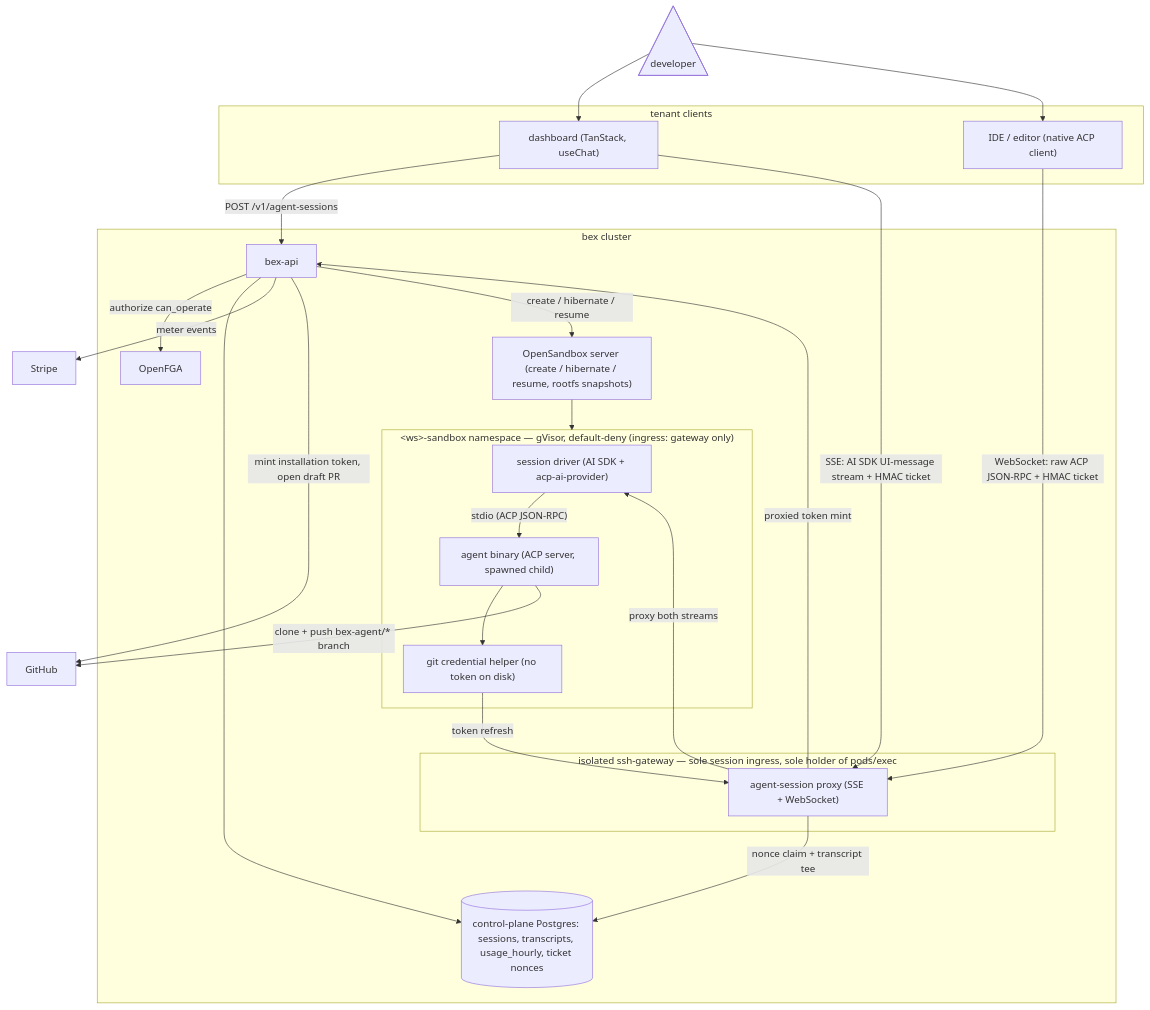
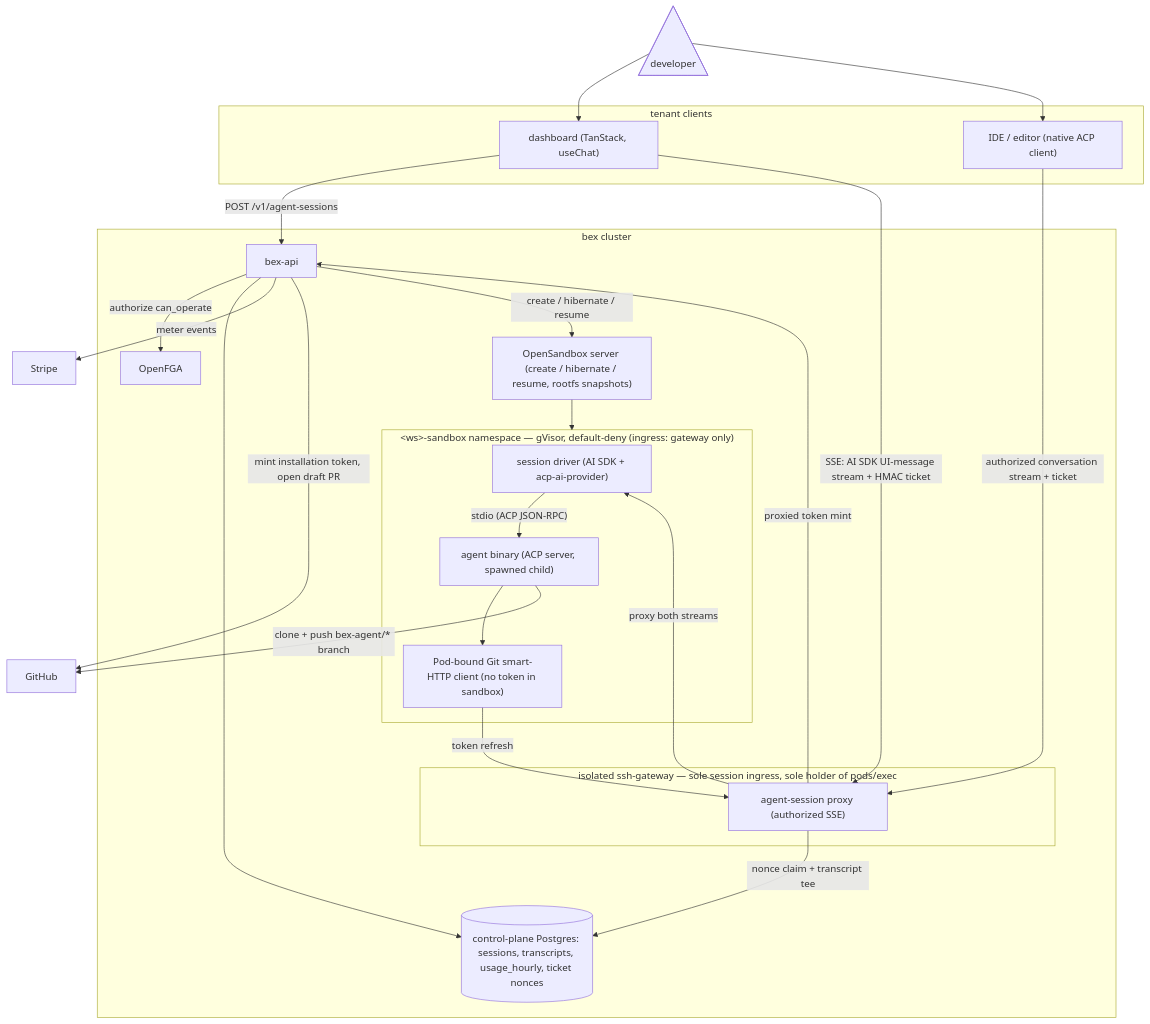
The first of 2 diagrams in docs/ADR047-cloud-coding-agent-sessions.md (cuckoo-network/cuckoo), drawn with Mermaid before and after one commit. The commit also changed other lines of this file and 78 other files, not shown here.

````diff
--- a/docs/ADR047-cloud-coding-agent-sessions.md
+++ b/docs/ADR047-cloud-coding-agent-sessions.md
@@ -48,46 +48,46 @@
 ```mermaid
 flowchart TB
   dev@{ shape: tri, label: "developer" }
 
   subgraph clients["tenant clients"]
     dash["dashboard (TanStack, useChat)"]
     ide["IDE / editor (native ACP client)"]
   end
 
   stripe["Stripe"]
   gh["GitHub"]
 
   subgraph cluster["bex cluster"]
     api["bex-api"]
     fga["OpenFGA"]
     cpdb[("control-plane Postgres: sessions, transcripts, usage_hourly, ticket nonces")]
     oss["OpenSandbox server (create / hibernate / resume, rootfs snapshots)"]
     subgraph gwz["isolated ssh-gateway — sole session ingress, sole holder of pods/exec"]
-      gw["agent-session proxy (SSE + WebSocket)"]
+      gw["agent-session proxy (authorized SSE)"]
     end
     subgraph sbns["&lt;ws&gt;-sandbox namespace — gVisor, default-deny (ingress: gateway only)"]
       driver["session driver (AI SDK + acp-ai-provider)"]
       agent["agent binary (ACP server, spawned child)"]
-      helper["git credential helper (no token on disk)"]
+      helper["Pod-bound Git smart-HTTP client (no token in sandbox)"]
     end
   end
 
   dev --> dash
   dev --> ide
   dash -->|"POST /v1/agent-sessions"| api
   dash -->|"SSE: AI SDK UI-message stream + HMAC ticket"| gw
-  ide -->|"WebSocket: raw ACP JSON-RPC + HMAC ticket"| gw
+  ide -->|"authorized conversation stream + ticket"| gw
   api -->|"authorize can_operate"| fga
   api --> cpdb
   api -->|"meter events"| stripe
   api -->|"mint installation token, open draft PR"| gh
   api -->|"create / hibernate / resume"| oss
   oss --> sbns
   gw -->|"nonce claim + transcript tee"| cpdb
   gw -->|"proxy both streams"| driver
   gw -->|"proxied token mint"| api
   driver -->|"stdio (ACP JSON-RPC)"| agent
   agent --> helper
   helper -->|"token refresh"| gw
   agent -->|"clone + push bex-agent/* branch"| gh
 ```
````
